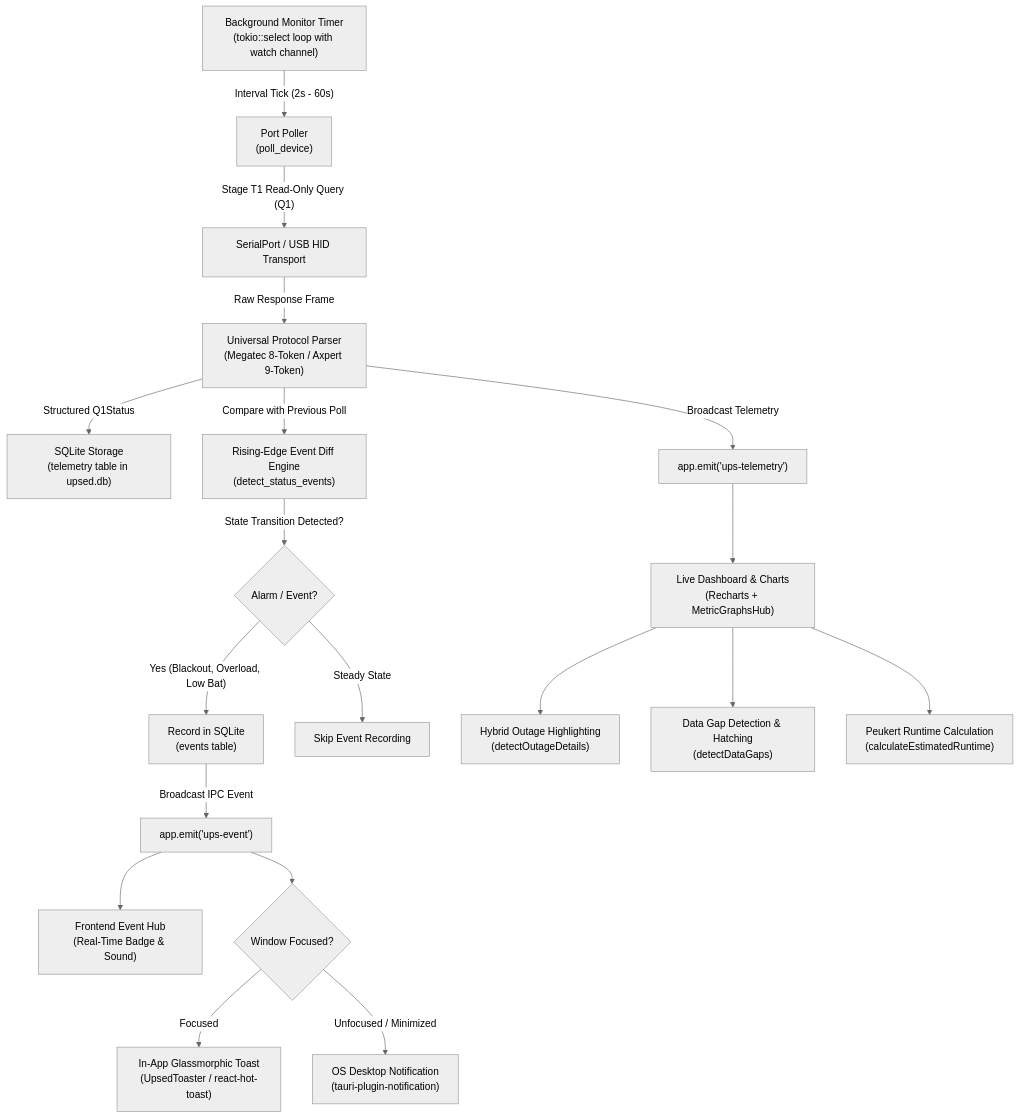
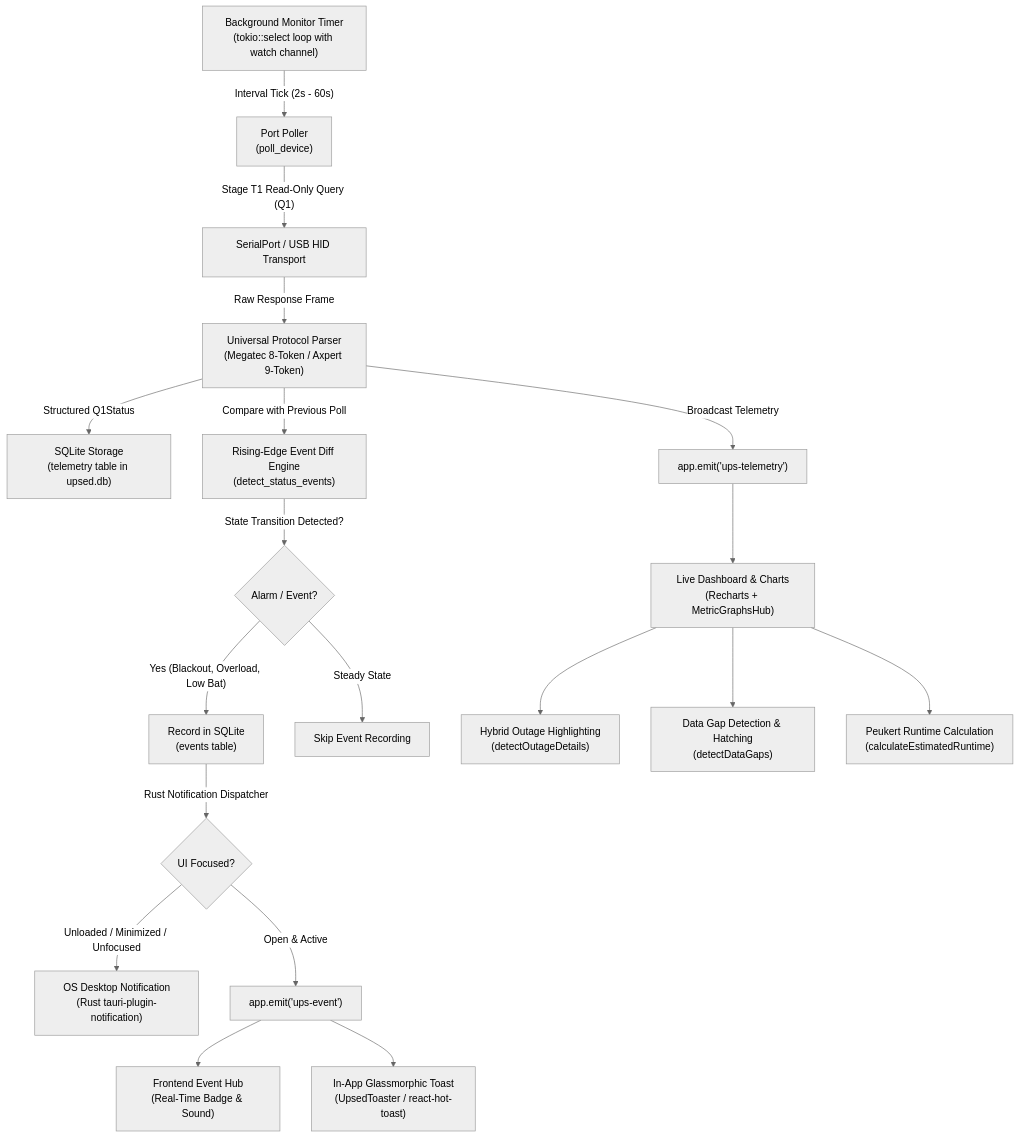
The second of 2 diagrams in README.md (Sandakan/UPSED), drawn with Mermaid (neutral theme) before and after one commit. The commit also changed other lines of this file and 1 other file, not shown here.

Commit message:
feat: enhance README with updated features and operational details for UPSED and Bridge

````diff
--- a/README.md
+++ b/README.md
@@ -153,25 +157,25 @@
 ```mermaid
 flowchart TD
     A["Background Monitor Timer<br/>(tokio::select loop with watch channel)"] -->|"Interval Tick (2s - 60s)"| B["Port Poller<br/>(poll_device)"]
     B -->|"Stage T1 Read-Only Query (Q1)"| C["SerialPort / USB HID Transport"]
     C -->|"Raw Response Frame"| D["Universal Protocol Parser<br/>(Megatec 8-Token / Axpert 9-Token)"]
     D -->|"Structured Q1Status"| E["SQLite Storage<br/>(telemetry table in upsed.db)"]
     D -->|"Compare with Previous Poll"| F["Rising-Edge Event Diff Engine<br/>(detect_status_events)"]
     
     F -->|"State Transition Detected?"| G{"Alarm / Event?"}
     G -->|"Yes (Blackout, Overload, Low Bat)"| H["Record in SQLite<br/>(events table)"]
-    H -->|"Broadcast IPC Event"| I["app.emit('ups-event')"]
+    H -->|"Rust Notification Dispatcher"| M{"UI Focused?"}
+    M -->|"Unloaded / Minimized / Unfocused"| O["OS Desktop Notification<br/>(Rust tauri-plugin-notification)"]
+    M -->|"Open & Active"| I["app.emit('ups-event')"]
     G -->|"Steady State"| J["Skip Event Recording"]
     
     D -->|"Broadcast Telemetry"| K["app.emit('ups-telemetry')"]
     
     I --> L["Frontend Event Hub<br/>(Real-Time Badge & Sound)"]
-    I --> M{"Window Focused?"}
-    M -->|"Focused"| N["In-App Glassmorphic Toast<br/>(UpsedToaster / react-hot-toast)"]
-    M -->|"Unfocused / Minimized"| O["OS Desktop Notification<br/>(tauri-plugin-notification)"]
+    I --> N["In-App Glassmorphic Toast<br/>(UpsedToaster / react-hot-toast)"]
     
     K --> P["Live Dashboard & Charts<br/>(Recharts + MetricGraphsHub)"]
     P --> Q["Hybrid Outage Highlighting<br/>(detectOutageDetails)"]
     P --> R["Data Gap Detection & Hatching<br/>(detectDataGaps)"]
     P --> S["Peukert Runtime Calculation<br/>(calculateEstimatedRuntime)"]
 ```
````
